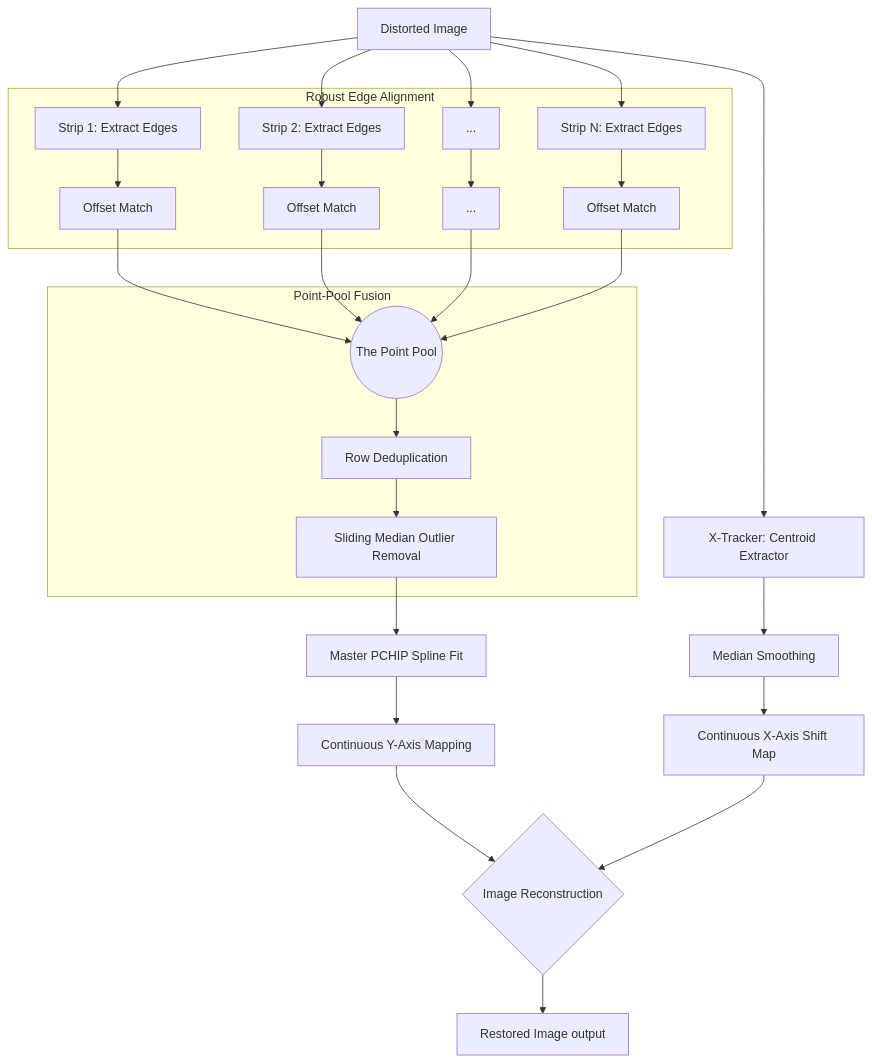
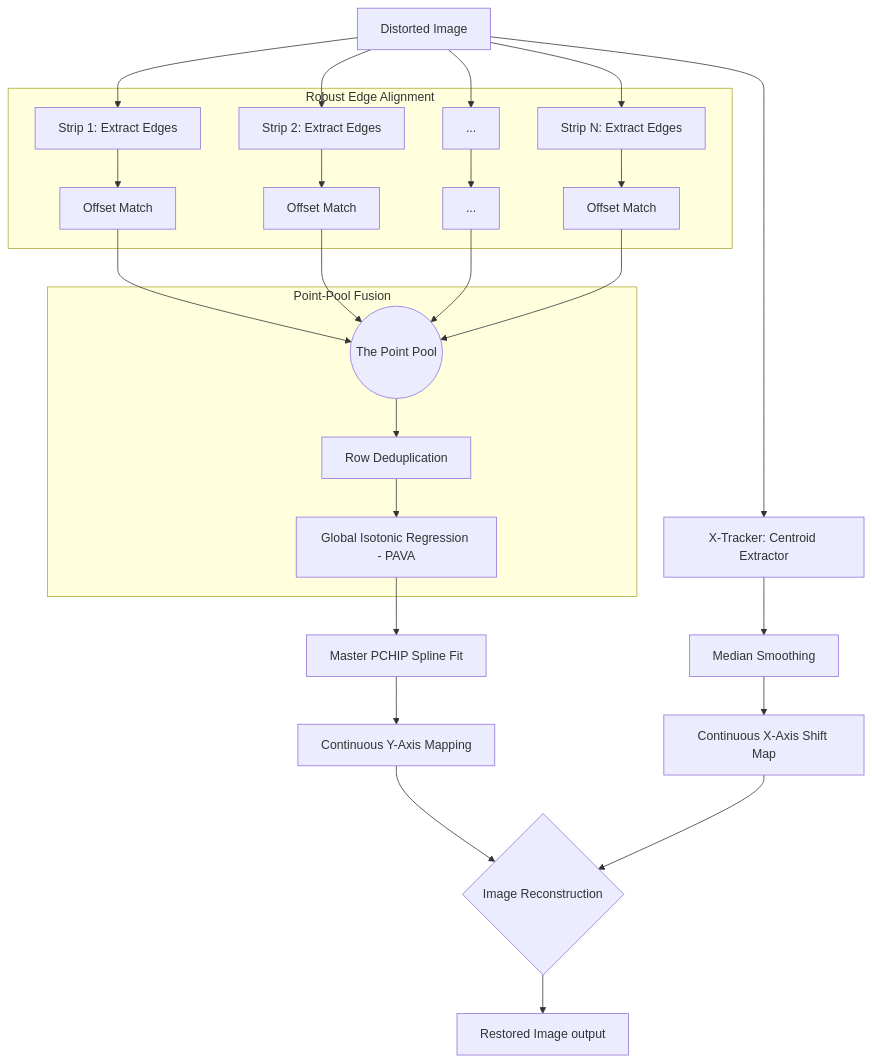
One commit to a4robot/chirp_detector changed the diagram in 4SSB_algorithm.md. Above: the diagram before and after it, drawn with Mermaid. The commit also changed other lines of this file and 9 other files, not shown here.

````diff
--- a/4SSB_algorithm.md
+++ b/4SSB_algorithm.md
@@ -39,34 +39,34 @@
 ```mermaid
 graph TD
     A[Distorted Image] --> B[Strip 1: Extract Edges]
     A --> C[Strip 2: Extract Edges]
     A --> D[...]
     A --> E[Strip N: Extract Edges]
 
     subgraph "Robust Edge Alignment"
         B --> F[Offset Match]
         C --> G[Offset Match]
         D --> H[...]
         E --> I[Offset Match]
     end
 
     subgraph "Point-Pool Fusion"
         F --> J((The Point Pool))
         G --> J
         H --> J
         I --> J
         J --> K[Row Deduplication]
-        K --> L[Sliding Median Outlier Removal]
+        K --> L[Global Isotonic Regression - PAVA]
     end
 
     L --> M[Master PCHIP Spline Fit]
     M --> N_Axis[Continuous Y-Axis Mapping]
     
     A --> O[X-Tracker: Centroid Extractor]
     O --> P[Median Smoothing]
     P --> Q[Continuous X-Axis Shift Map]
 
     N_Axis --> R{Image Reconstruction}
     Q --> R
     R --> S[Restored Image output]
 ```
````
